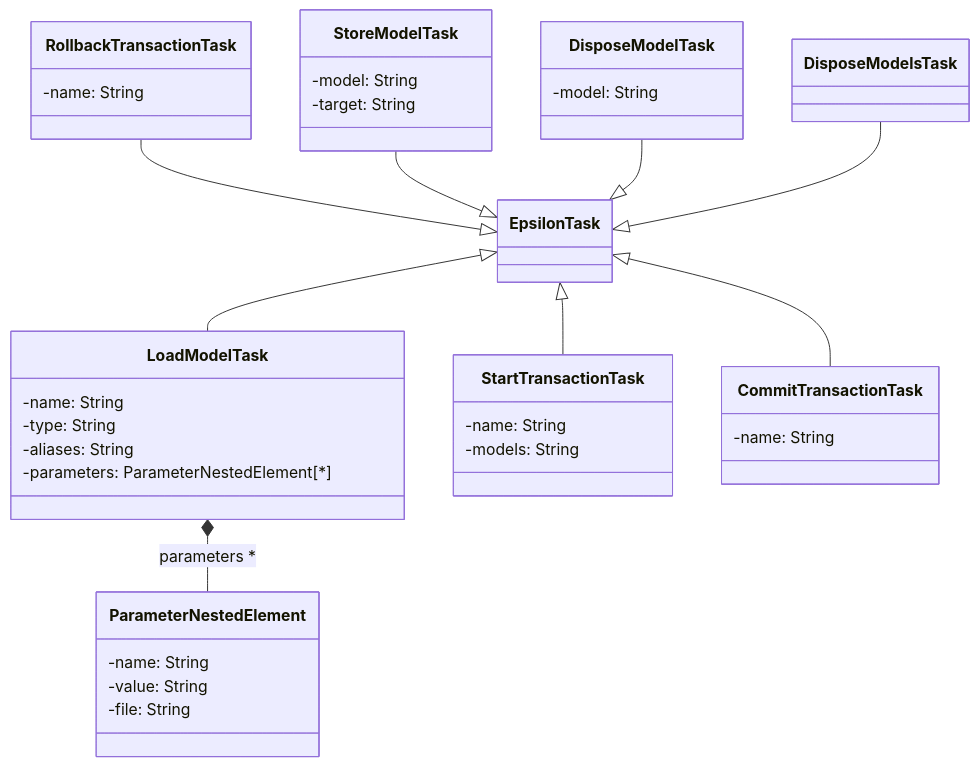
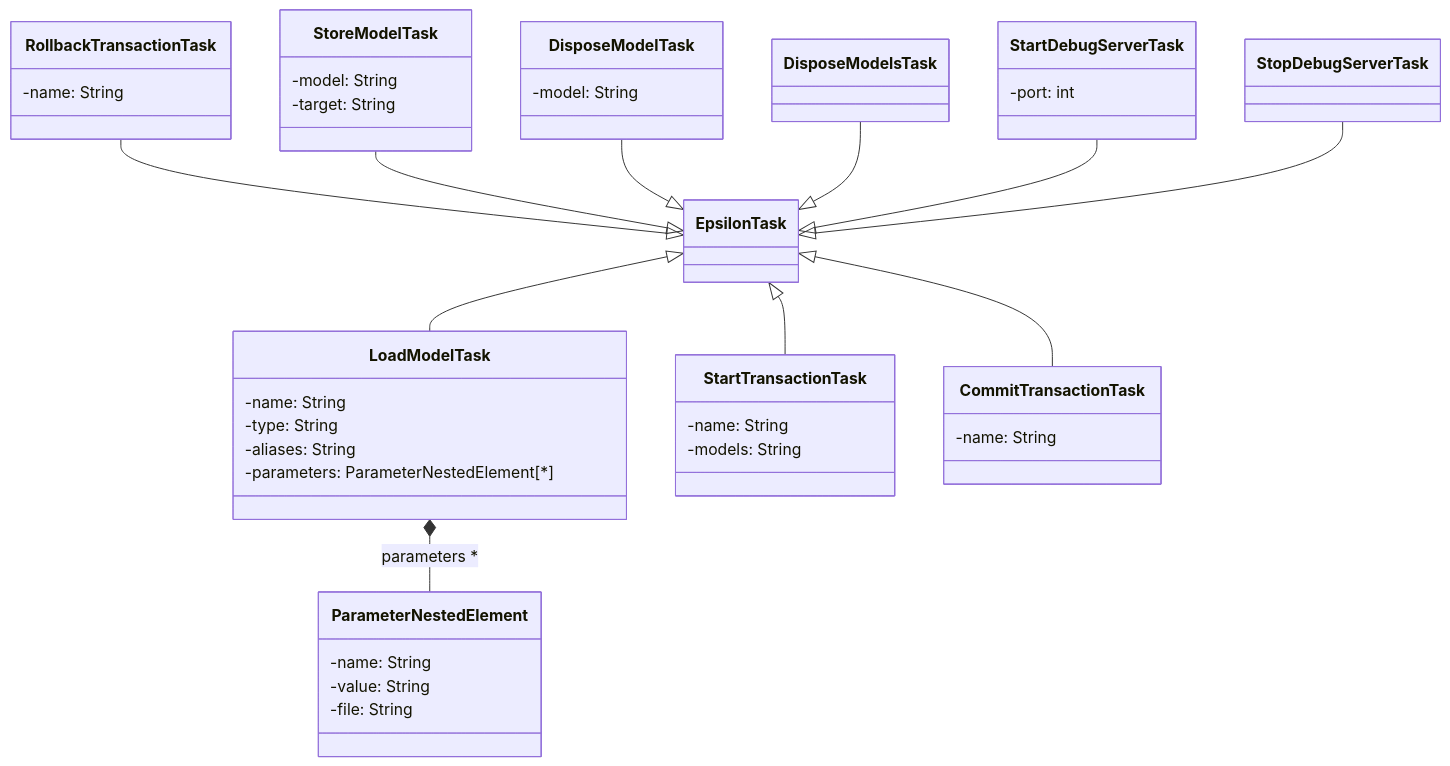
One commit to eclipse-epsilon/epsilon-website changed the diagram in mkdocs/docs/doc/workflow.md. Above: the diagram before and after it, drawn with Mermaid. The commit also changed other lines of this file, not shown here.

Commit message:
Document the DAP server tasks in the workflow page as well

````diff
--- a/mkdocs/docs/doc/workflow.md
+++ b/mkdocs/docs/doc/workflow.md
@@ -144,39 +144,44 @@
 ```mermaid
 classDiagram
 class LoadModelTask {
   -name: String
   -type: String
   -aliases: String
   -parameters: ParameterNestedElement[*]
 }
 class ParameterNestedElement {
   -name: String
   -value: String
   -file: String
 }
 class StoreModelTask {
   -model: String
   -target: String
 }
 class DisposeModelTask {
   -model: String
 }
 class StartTransactionTask {
   -name: String
   -models: String
 }
 class CommitTransactionTask {
   -name: String
 }
 class RollbackTransactionTask {
   -name: String
 }
+class StartDebugServerTask {
+  -port: int
+}
 EpsilonTask <|-- CommitTransactionTask
 EpsilonTask <|-- StartTransactionTask
 RollbackTransactionTask --|> EpsilonTask
 EpsilonTask <|-- LoadModelTask
 StoreModelTask --|> EpsilonTask
 DisposeModelTask --|> EpsilonTask
 DisposeModelsTask --|> EpsilonTask
+StartDebugServerTask --|> EpsilonTask
+StopDebugServerTask --|> EpsilonTask
 LoadModelTask *-- ParameterNestedElement: parameters *
 ```
````
